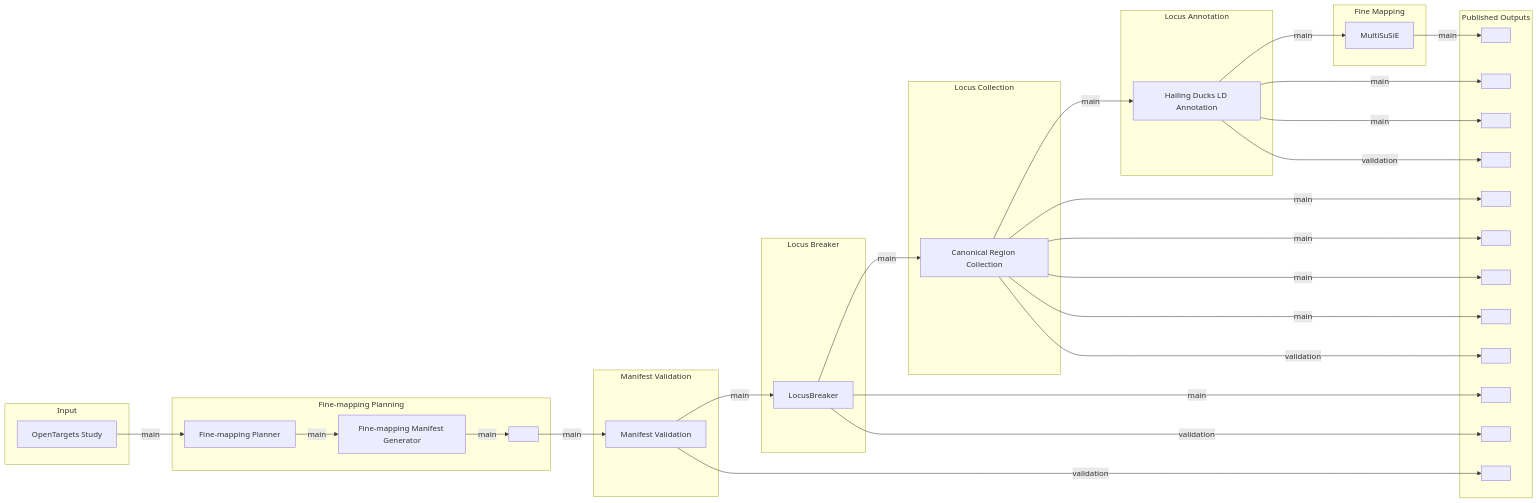
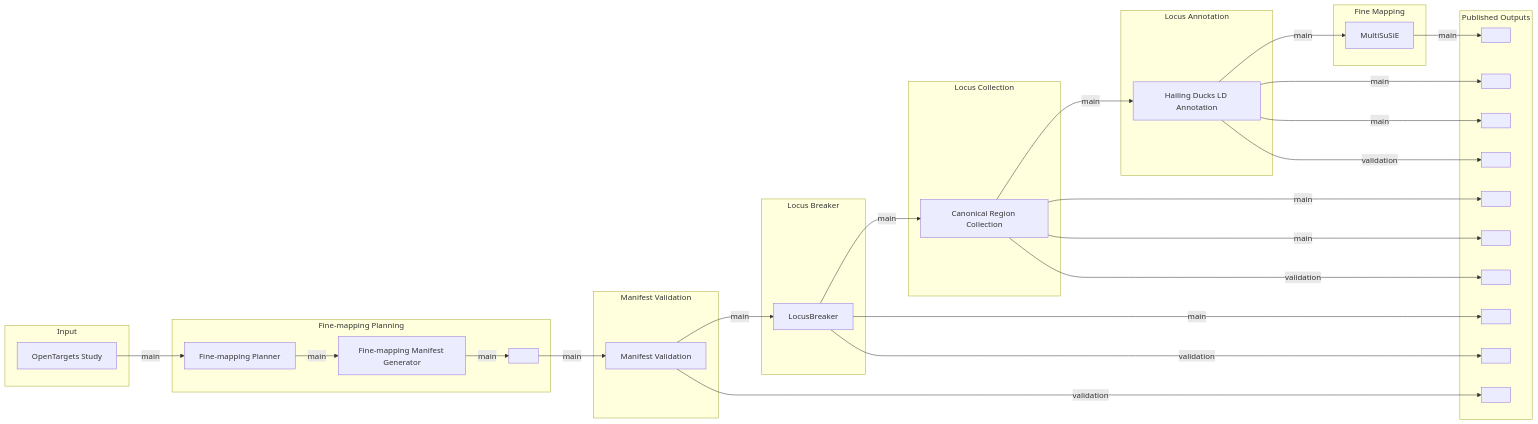
The diagram in docs/architecture/pipeline-metro-map.mmd (opentargets/nf-fine-mapping), drawn with Mermaid before and after one commit. The commit also changed 5 other files, not shown here.

First line of the commit message:
docs: remove retired partial/non-overlap loci from outputs and fix stale collection docs

```diff
--- a/docs/architecture/pipeline-metro-map.mmd
+++ b/docs/architecture/pipeline-metro-map.mmd
@@ -1,88 +1,82 @@
 %%metro title: nf-fine-mapping pipeline
 %%metro caption: opentargets/nf-fine-mapping — rendered with nf-metro from main.nf
 %%metro style: dark
 %%metro line: main | Pipeline | #22d3ee
 %%metro line: validation | Validation & QC | #ef4444 | dashed
 
 %%metro file: manifest_in | TSV | Manifest
 %%metro dir: loci_out | Loci
-%%metro dir: full_overlap_out | Full-overlap Loci
-%%metro dir: partial_overlap_out | Partial-overlap Loci
-%%metro dir: non_overlap_out | Non-overlap Loci
+%%metro dir: collected_out | Collected Loci
 %%metro dir: collect_stats_out | Collection Stats
 %%metro dir: annotated_out | Annotated Locus Sets
 %%metro dir: ld_pair_stats_out | LD-pair Stats
 %%metro dir: multisusie_out | MultiSuSiE Results
 %%metro dir: report_validation | Manifest Validation Report
 %%metro dir: status_lb | LocusBreaker Status
 %%metro dir: status_collection | Locus Collection Status
 %%metro dir: status_annotation | Locus Annotation Status
 
 graph LR
     subgraph input [Input]
         study_in[OpenTargets Study]
     end
 
     subgraph fm_planning [Fine-mapping Planning]
         planner[Fine-mapping Planner]
         manifest_gen[Fine-mapping Manifest Generator]
         manifest_in[ ]
         planner -->|main| manifest_gen
         manifest_gen -->|main| manifest_in
     end
 
     subgraph validation_stage [Manifest Validation]
         validate[Manifest Validation]
     end
 
     subgraph locus_breaker [Locus Breaker]
         lb[LocusBreaker]
     end
 
     subgraph locus_collection [Locus Collection]
         collect[Canonical Region Collection]
     end
 
     subgraph locus_annotation [Locus Annotation]
         ld_hailing[Hailing Ducks LD Annotation]
     end
 
     subgraph fine_mapping [Fine Mapping]
         multisusie[MultiSuSiE]
     end
 
     subgraph publish [Published Outputs]
         loci_out[ ]
-        full_overlap_out[ ]
-        partial_overlap_out[ ]
-        non_overlap_out[ ]
+        collected_out[ ]
         collect_stats_out[ ]
         annotated_out[ ]
         ld_pair_stats_out[ ]
         multisusie_out[ ]
         report_validation[ ]
         status_lb[ ]
         status_collection[ ]
         status_annotation[ ]
     end
 
     study_in -->|main| planner
     manifest_in -->|main| validate
     validate -->|main| lb
     lb -->|main| collect
     collect -->|main| ld_hailing
     ld_hailing -->|main| multisusie
 
     lb -->|main| loci_out
-    collect -->|main| full_overlap_out
-    collect -->|main| partial_overlap_out
-    collect -->|main| non_overlap_out
+    collect -->|main| collected_out
     collect -->|main| collect_stats_out
     ld_hailing -->|main| annotated_out
     ld_hailing -->|main| ld_pair_stats_out
     multisusie -->|main| multisusie_out
 
     validate -->|validation| report_validation
     lb -->|validation| status_lb
     collect -->|validation| status_collection
     ld_hailing -->|validation| status_annotation
```
